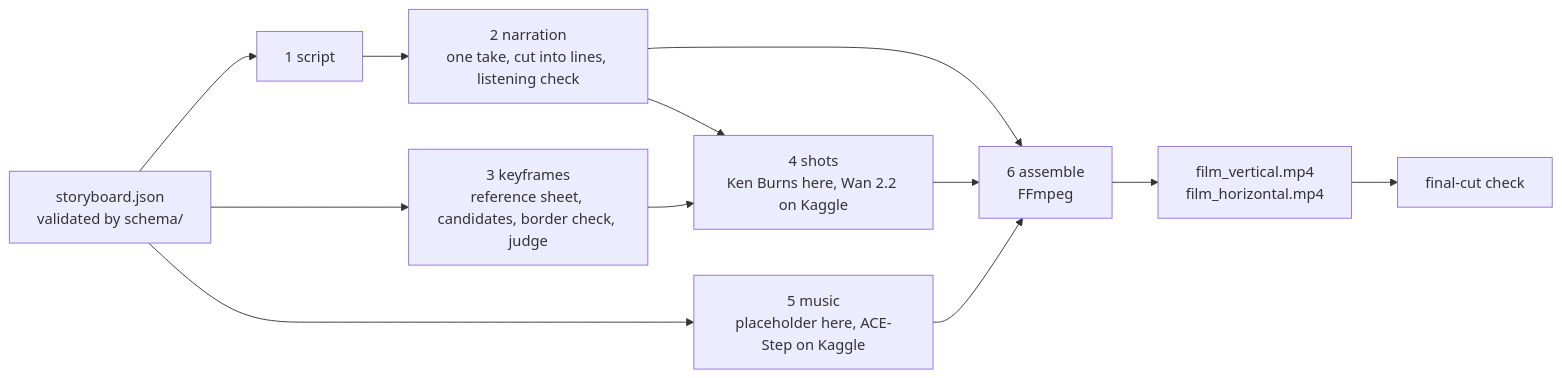
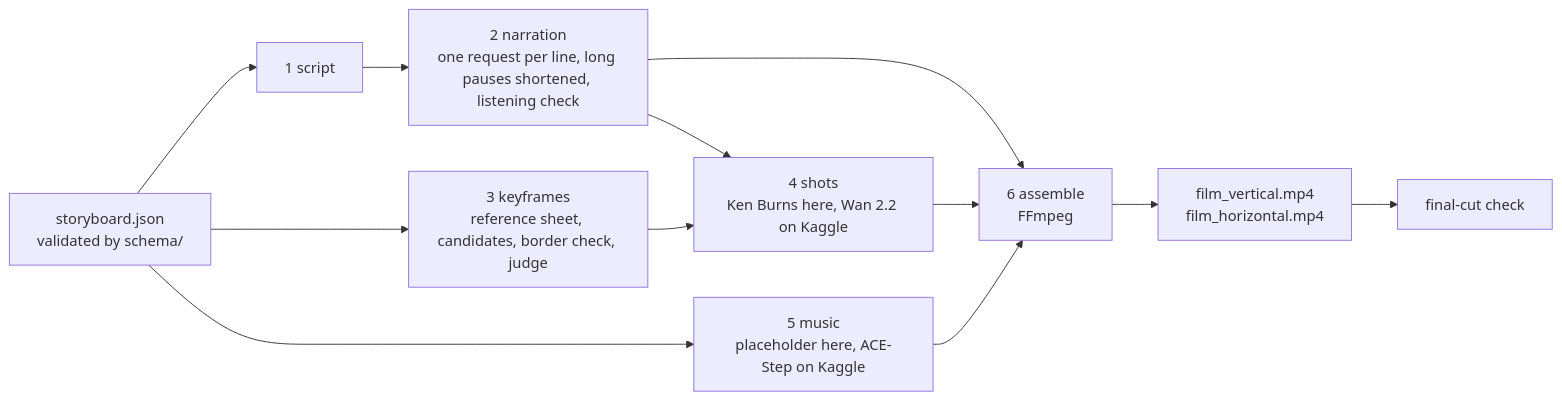
One commit to bete7512/one-bag changed the diagram in ARCHITECTURE.md. Above: the diagram before and after it, drawn with Mermaid. The commit also changed other lines of this file and 6 other files, not shown here.

````diff
--- a/ARCHITECTURE.md
+++ b/ARCHITECTURE.md
@@ -5,14 +5,14 @@
 ```mermaid
 flowchart LR
     SB[storyboard.json<br/>validated by schema/] --> S1[1 script]
-    S1 --> S2[2 narration<br/>one take, cut into lines, listening check]
+    S1 --> S2[2 narration<br/>one request per line, long pauses shortened, listening check]
     SB --> S3[3 keyframes<br/>reference sheet, candidates, border check, judge]
     S2 --> S4[4 shots<br/>Ken Burns here, Wan 2.2 on Kaggle]
     S3 --> S4
     SB --> S5[5 music<br/>placeholder here, ACE-Step on Kaggle]
     S2 --> S6[6 assemble<br/>FFmpeg]
     S4 --> S6
     S5 --> S6
     S6 --> F[film_vertical.mp4<br/>film_horizontal.mp4]
     F --> QC[final-cut check]
 ```
````
